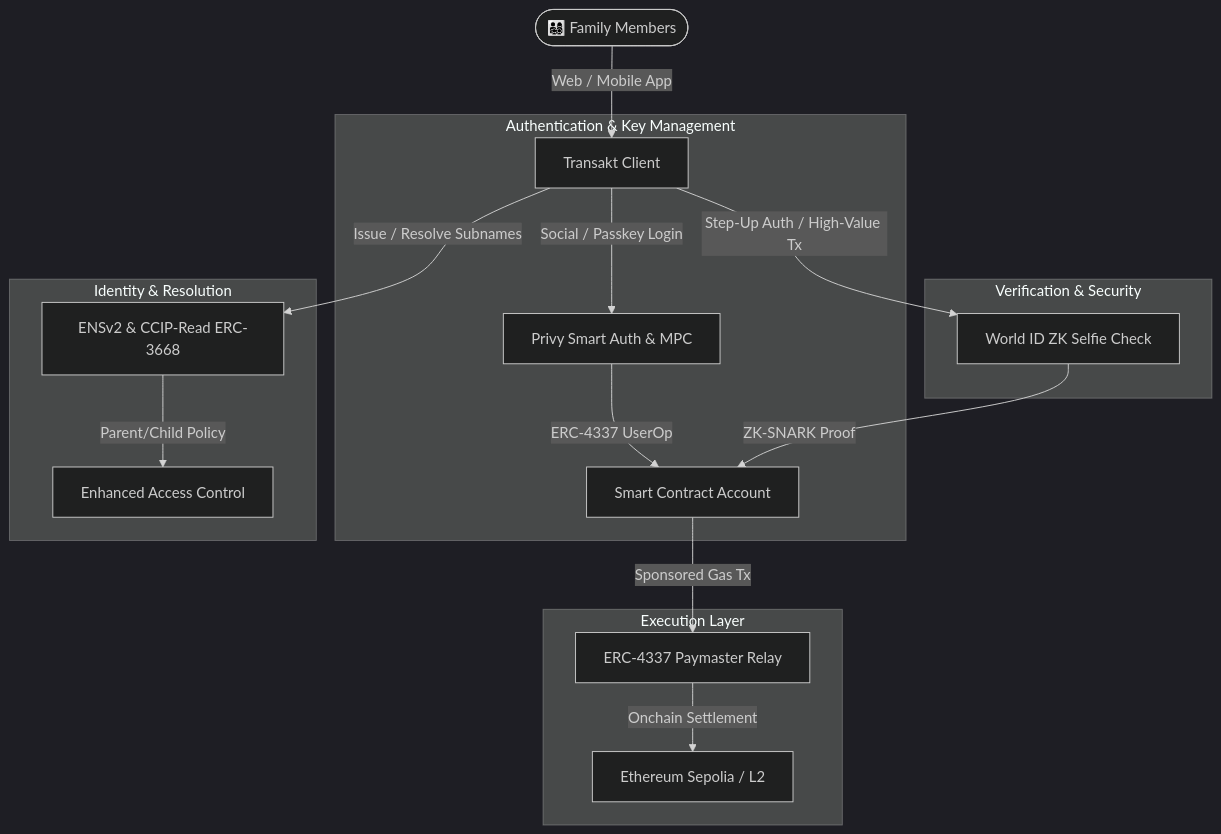
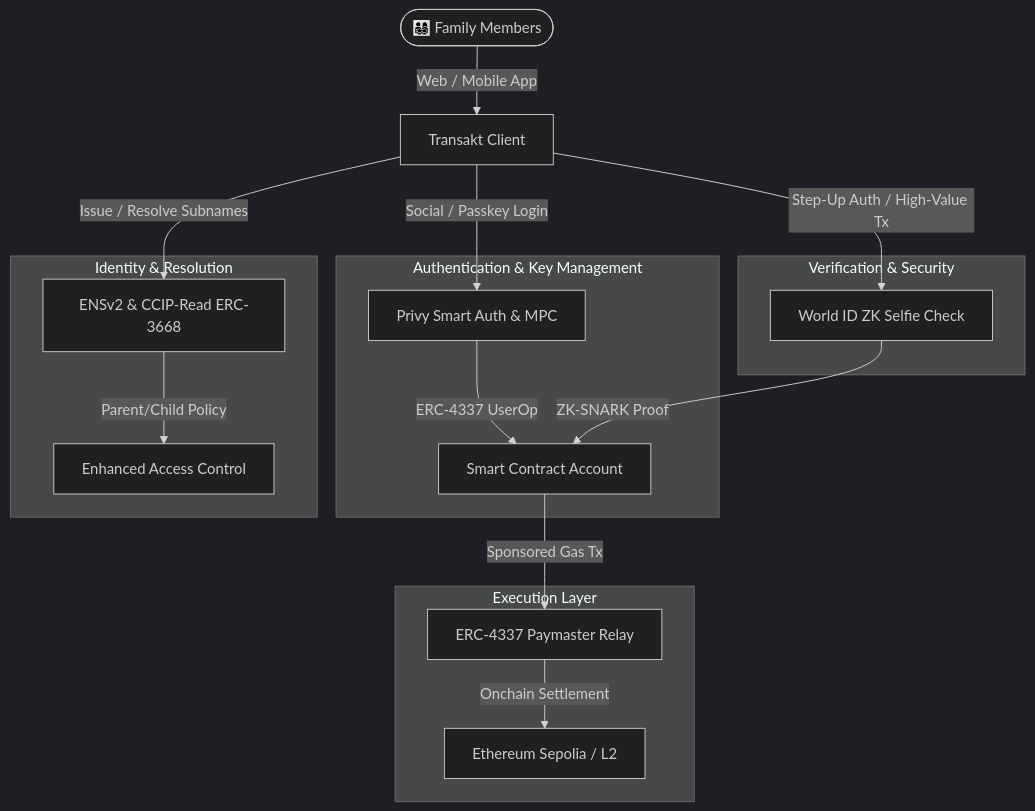
One commit to shashanka2a/Transakt_App changed the diagram in README.md. Above: the diagram before and after it, drawn with Mermaid (dark theme).

Commit message:
docs: fix mermaid architecture diagram node spacing

````diff
--- a/README.md
+++ b/README.md
@@ -53,24 +53,25 @@
 ```mermaid
 graph TD
     User([👨‍👩‍👧‍👦 Family Members]) -->|Web / Mobile App| UI[Transakt Client]
-    
-    subgraph "Authentication & Key Management"
-        UI -->|Social / Passkey Login| Privy[Privy Smart Auth & MPC]
-        Privy -->|ERC-4337 UserOp| AA[Smart Contract Account]
+
+    subgraph Auth["Authentication & Key Management"]
+        Privy[Privy Smart Auth & MPC] -->|ERC-4337 UserOp| AA[Smart Contract Account]
     end
 
-    subgraph "Identity & Resolution"
-        UI -->|Issue / Resolve Subnames| ENS[ENSv2 & CCIP-Read ERC-3668]
-        ENS -->|Parent/Child Policy| EAC[Enhanced Access Control]
+    subgraph Identity["Identity & Resolution"]
+        ENS[ENSv2 & CCIP-Read ERC-3668] -->|Parent/Child Policy| EAC[Enhanced Access Control]
     end
 
-    subgraph "Verification & Security"
-        UI -->|Step-Up Auth / High-Value Tx| WorldID[World ID ZK Selfie Check]
-        WorldID -->|ZK-SNARK Proof| AA
+    subgraph Security["Verification & Security"]
+        WorldID[World ID ZK Selfie Check] -->|ZK-SNARK Proof| AA
     end
 
-    subgraph "Execution Layer"
+    subgraph Execution["Execution Layer"]
         AA -->|Sponsored Gas Tx| Paymaster[ERC-4337 Paymaster Relay]
         Paymaster -->|Onchain Settlement| Sepolia[Ethereum Sepolia / L2]
     end
+
+    UI -->|Social / Passkey Login| Privy
+    UI -->|Issue / Resolve Subnames| ENS
+    UI -->|Step-Up Auth / High-Value Tx| WorldID
 ```
````
